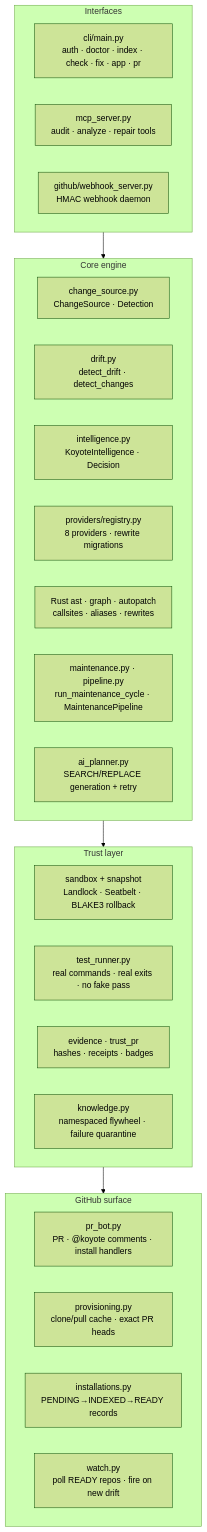
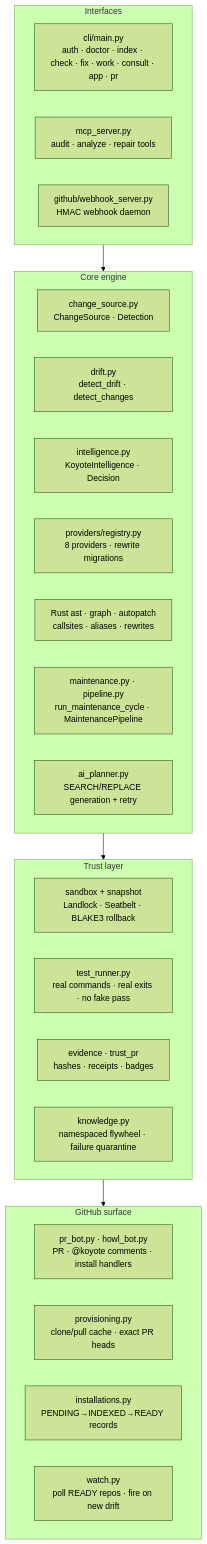
Before and after one commit to Devaretanmay/HAVFRYS: the third of 3 diagrams in docs/SYSTEM_MAP.md, drawn with Mermaid (forest theme). The commit also changed other lines of this file and 34 other files, not shown here.

````diff
--- a/docs/SYSTEM_MAP.md
+++ b/docs/SYSTEM_MAP.md
@@ -34,30 +34,30 @@
 ```mermaid
 flowchart TD
     subgraph IN["Interfaces"]
-        CLI["cli/main.py<br/>auth · doctor · index · check · fix · app · pr"]
+        CLI["cli/main.py<br/>auth · doctor · index · check · fix · work · consult · app · pr"]
         MCP["mcp_server.py<br/>audit · analyze · repair tools"]
         WH["github/webhook_server.py<br/>HMAC webhook daemon"]
     end
     subgraph CORE["Core engine"]
         CS["change_source.py<br/>ChangeSource · Detection"]
         DRIFT["drift.py<br/>detect_drift · detect_changes"]
         INTEL["intelligence.py<br/>KoyoteIntelligence · Decision"]
         REG["providers/registry.py<br/>8 providers · rewrite migrations"]
         AST["Rust ast · graph · autopatch<br/>callsites · aliases · rewrites"]
         PLAN["maintenance.py · pipeline.py<br/>run_maintenance_cycle · MaintenancePipeline"]
         AIplan["ai_planner.py<br/>SEARCH/REPLACE generation + retry"]
     end
     subgraph TRUST["Trust layer"]
         SB["sandbox + snapshot<br/>Landlock · Seatbelt · BLAKE3 rollback"]
         TR["test_runner.py<br/>real commands · real exits · no fake pass"]
         EV2["evidence · trust_pr<br/>hashes · receipts · badges"]
         KB["knowledge.py<br/>namespaced flywheel · failure quarantine"]
     end
     subgraph GH["GitHub surface"]
-        BOT["pr_bot.py<br/>PR · @koyote comments · install handlers"]
+        BOT["pr_bot.py · howl_bot.py<br/>PR · @koyote comments · install handlers"]
         PROV["provisioning.py<br/>clone/pull cache · exact PR heads"]
         INST["installations.py<br/>PENDING→INDEXED→READY records"]
         WATCH["watch.py<br/>poll READY repos · fire on new drift"]
     end
     IN --> CORE --> TRUST --> GH
 ```
````
